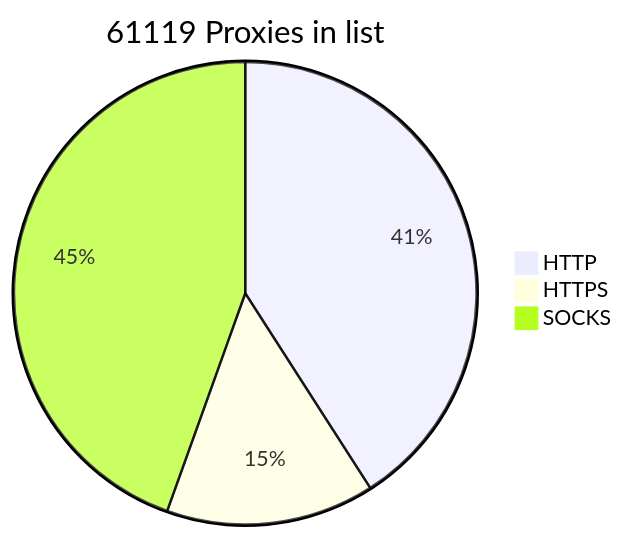
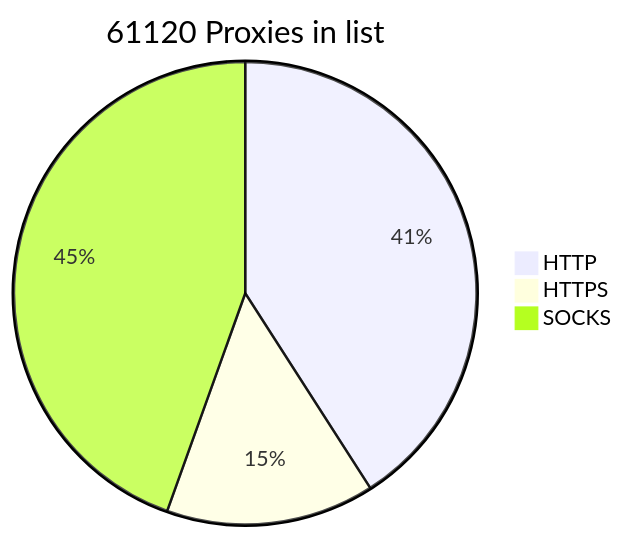
Before and after one commit to BlackSnowDot/proxylist-update-every-minute: the diagram in README.md, drawn with Mermaid.

````diff
--- a/README.md
+++ b/README.md
@@ -2,6 +2,6 @@
 ```mermaid
-pie title 61119 Proxies in list
+pie title 61120 Proxies in list
     "HTTP" : 28342
     "HTTPS": 10088
-    "SOCKS" : 30837
+    "SOCKS" : 30838
 ```
````
